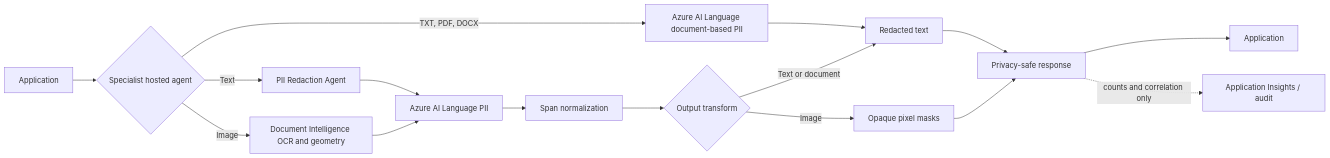
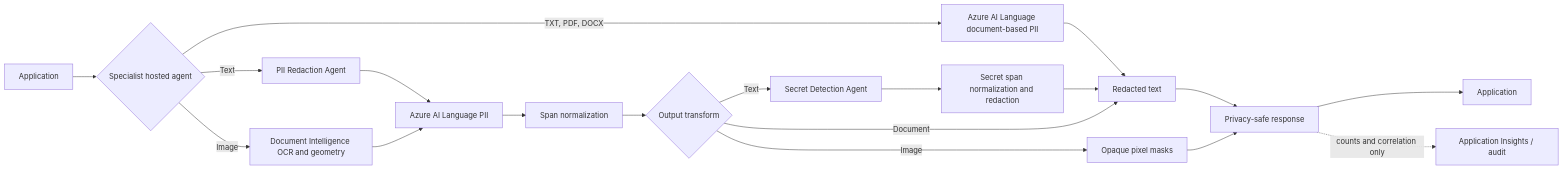
Before and after one commit to nabilshams/responsible-ai-guardrails: the diagram in docs/architecture.md, drawn with Mermaid. The commit also changed other lines of this file and 30 other files, not shown here.

First line of the commit message:
feat: add Secret and Credential Detection Agent

````diff
--- a/docs/architecture.md
+++ b/docs/architecture.md
@@ -12,18 +12,21 @@
 ```mermaid
 flowchart LR
   A[Application] --> B{Specialist hosted agent}
   B -->|Text| C[PII Redaction Agent]
   B -->|TXT, PDF, DOCX| D[Azure AI Language document-based PII]
   B -->|Image| E[Document Intelligence OCR and geometry]
   C --> F[Azure AI Language PII]
   D --> I[Layout-preserving native document]
   E --> F
   F --> G[Span normalization]
   G --> H{Output transform}
-  H -->|Text or document| I[Redacted text]
+  H -->|Text| N[Secret Detection Agent]
+  N --> O[Secret span normalization and redaction]
+  O --> I[Redacted text]
+  H -->|Document| I
   H -->|Image| J[Opaque pixel masks]
   I --> K[Privacy-safe response]
   J --> K
   K --> L[Application]
   K -. counts and correlation only .-> M[Application Insights / audit]
 ```
````
